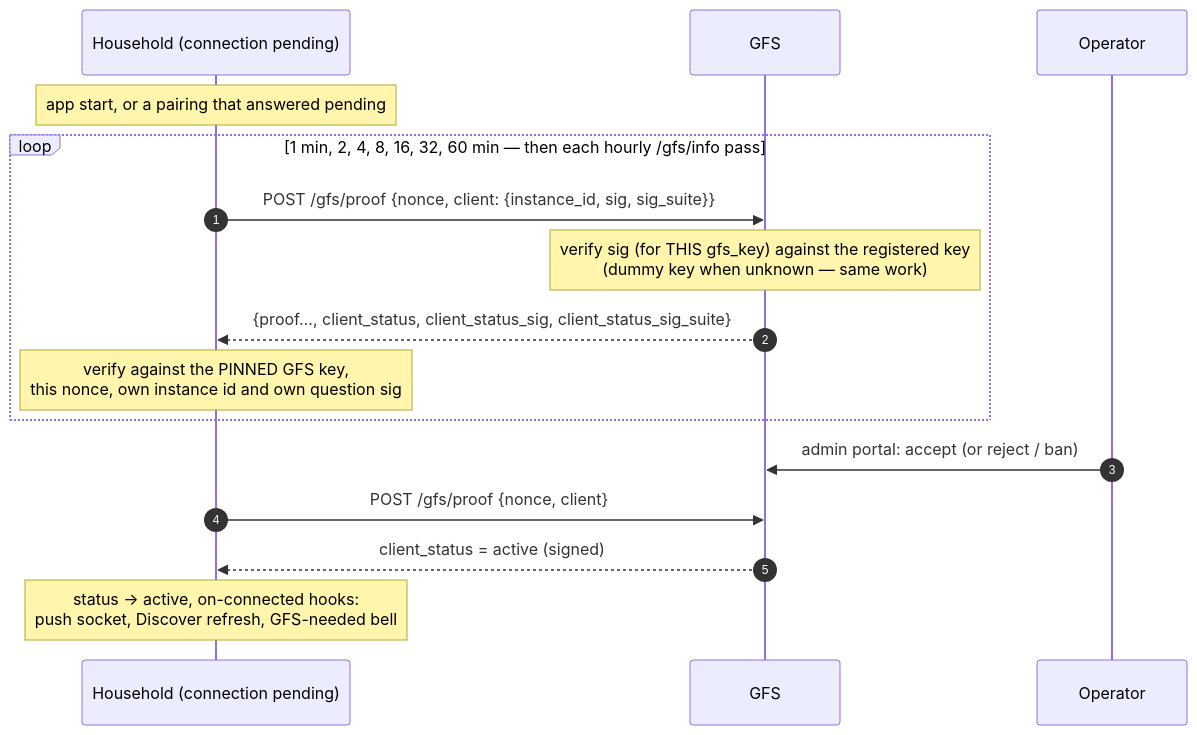
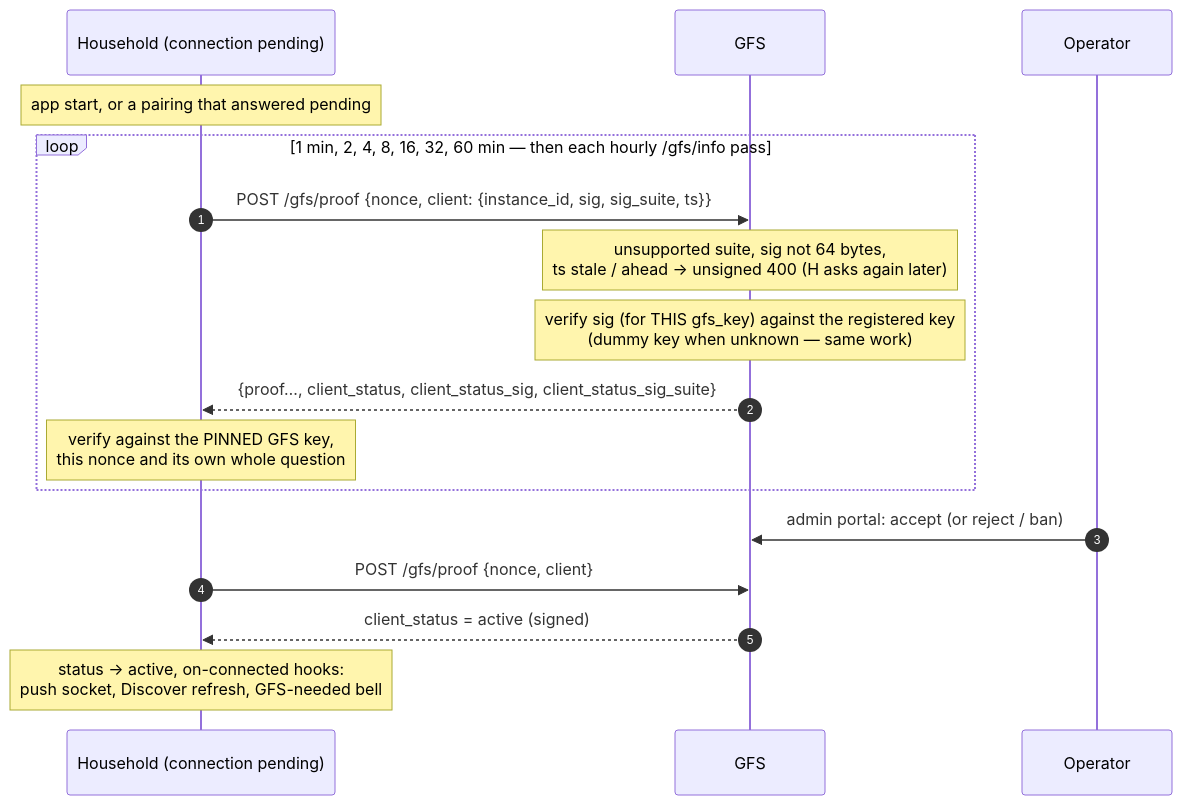
One commit to social-home-io/socialhome changed the third of 16 diagrams in docs/protocol/discovery.md. Above: the diagram before and after it, drawn with Mermaid. The commit also changed other lines of this file and 12 other files, not shown here.

First line of the commit message:
GFS approval check: bind the whole question, expire it, compare-and-set the status, stop asking a suspended GFS after 7 days

````diff
--- a/docs/protocol/discovery.md
+++ b/docs/protocol/discovery.md
@@ -804,18 +804,19 @@
 ```mermaid
 sequenceDiagram
     autonumber
     participant H as Household (connection pending)
     participant G as GFS
     participant O as Operator
     Note over H: app start, or a pairing that answered pending
     loop 1 min, 2, 4, 8, 16, 32, 60 min — then each hourly /gfs/info pass
-        H->>G: POST /gfs/proof {nonce, client: {instance_id, sig, sig_suite}}
+        H->>G: POST /gfs/proof {nonce, client: {instance_id, sig, sig_suite, ts}}
+        Note over G: unsupported suite, sig not 64 bytes,<br/>ts stale / ahead → unsigned 400 (H asks again later)
         Note over G: verify sig (for THIS gfs_key) against the registered key<br/>(dummy key when unknown — same work)
         G-->>H: {proof…, client_status, client_status_sig, client_status_sig_suite}
-        Note over H: verify against the PINNED GFS key,<br/>this nonce, own instance id and own question sig
+        Note over H: verify against the PINNED GFS key,<br/>this nonce and its own whole question
     end
     O->>G: admin portal: accept (or reject / ban)
     H->>G: POST /gfs/proof {nonce, client}
     G-->>H: client_status = active (signed)
     Note over H: status → active, on-connected hooks:<br/>push socket, Discover refresh, GFS-needed bell
 ```
````
